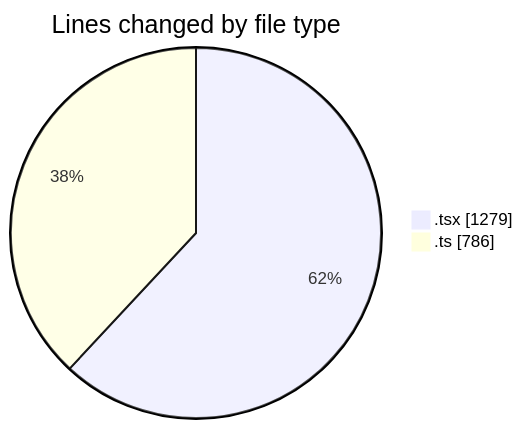
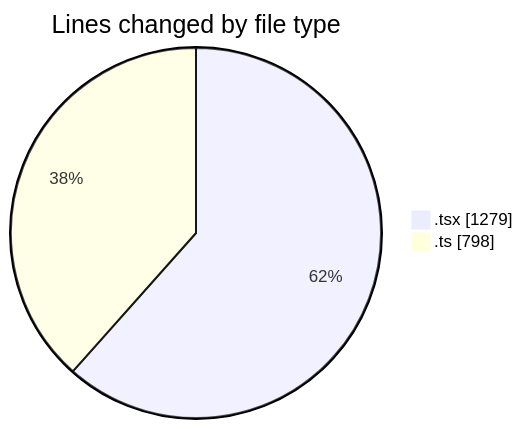
Before and after one commit to nxtqubesakshisongat/code-tracking: the first of 2 diagrams in 2026-02-27/nxtqube_webapp/README.md, drawn with Mermaid. The commit also changed other lines of this file and 1 other file, not shown here.

````diff
--- a/2026-02-27/nxtqube_webapp/README.md
+++ b/2026-02-27/nxtqube_webapp/README.md
@@ -24,6 +24,6 @@
 ```mermaid
 pie showData
 title Lines changed by file type
 ".tsx" : 1279
-".ts" : 786
+".ts" : 798
 ```
````
